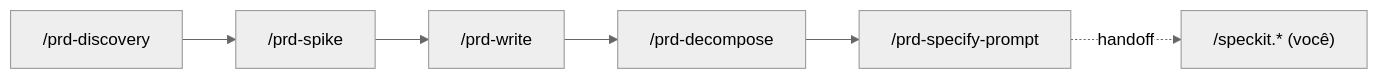
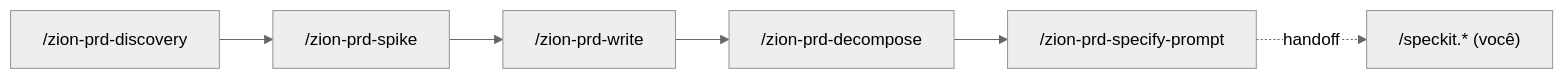
Before and after one commit to tuyoshivinicius/zion-build-prd: the first of 2 diagrams in docs/superpowers/plans/2026-07-12-prd-constitution-prompt.md, drawn with Mermaid (neutral theme). The commit also changed other lines of this file and 13 other files, not shown here.

````diff
--- a/docs/superpowers/plans/2026-07-12-prd-constitution-prompt.md
+++ b/docs/superpowers/plans/2026-07-12-prd-constitution-prompt.md
@@ -188,8 +188,8 @@
 ```mermaid
 flowchart LR
-    A["/prd-discovery"] --> B["/prd-spike"]
-    B --> C["/prd-write"]
-    C --> D["/prd-decompose"]
-    D --> E["/prd-specify-prompt"]
+    A["/zion-prd-discovery"] --> B["/zion-prd-spike"]
+    B --> C["/zion-prd-write"]
+    C --> D["/zion-prd-decompose"]
+    D --> E["/zion-prd-specify-prompt"]
     E -.->|handoff| F["/speckit.* (você)"]
 ```
````
